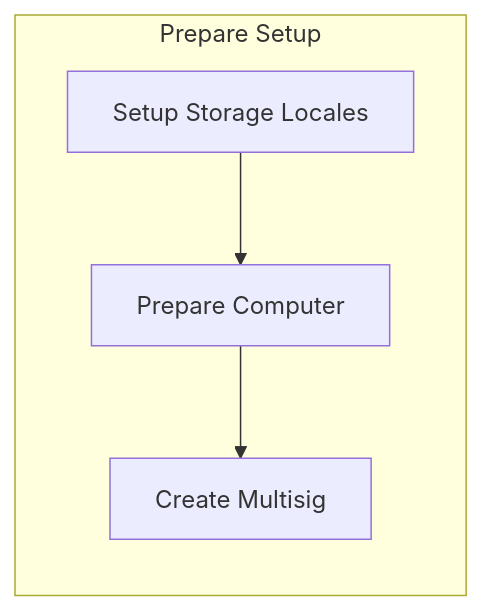
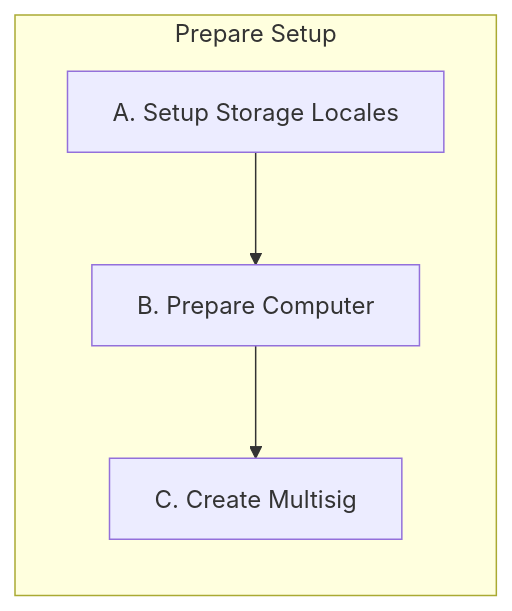
The diagram in Docs/Scenario-Multisig.md (BlockchainCommons/SmartCustody), drawn with Mermaid before and after one commit.

````diff
--- a/Docs/Scenario-Multisig.md
+++ b/Docs/Scenario-Multisig.md
@@ -146,9 +146,9 @@
 ```mermaid
-flowchart LR;
+graph LR;
     subgraph 1[Prepare Setup]
-    A[Setup Storage Locales]
-    B[Prepare Computer]
-    C[Create Multisig]
+    A[A. Setup Storage Locales]
+    B[B. Prepare Computer]
+    C[C. Create Multisig]
     A-->B-->C
     end
 ```
````
